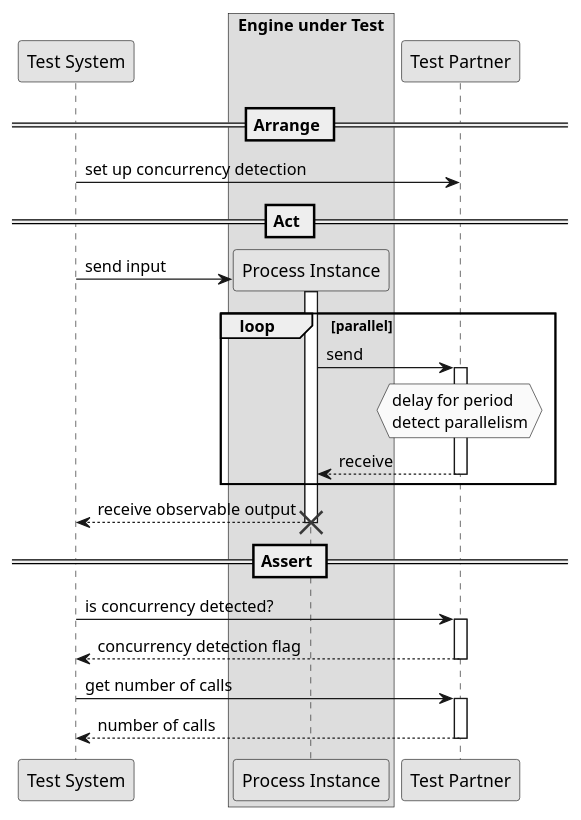
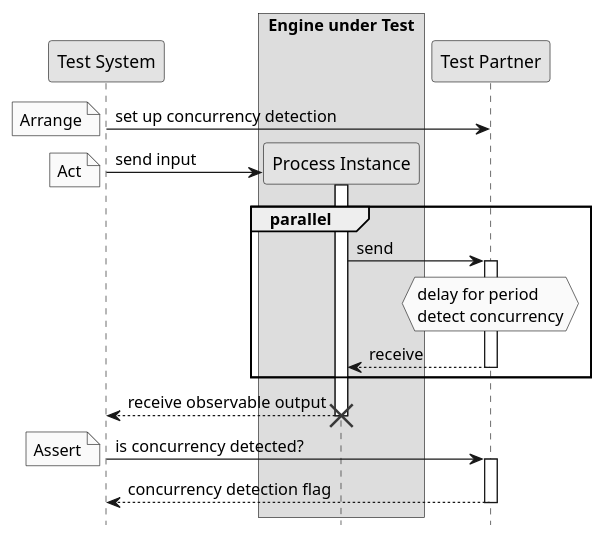
The diagram in pebl/doc/example-forEach-parallel.puml (uniba-dsg/betsy), drawn with PlantUML before and after one commit. The commit also changed 2 other files, not shown here.

Commit message:
Polished message sequence charts.

```diff
--- a/pebl/doc/example-forEach-parallel.puml
+++ b/pebl/doc/example-forEach-parallel.puml
@@ -1,52 +1,47 @@
 @startuml
 
 participant framework as "Test System"
 box "Engine under Test"
 	participant instance as "Process Instance"
 end box
 participant testpartner as "Test Partner"
 
-== Arrange ==
-
 framework -> testpartner : set up concurrency detection
-
-== Act ==
+note left : Arrange
 
 create instance
 framework as "Test System" -> instance  : send input
 activate instance
+note left : Act
 
-
-loop parallel
+group parallel
 instance  -> testpartner : send
 activate testpartner
 hnote over testpartner
  delay for period
- detect parallelism
+ detect concurrency
 endhnote
 testpartner --> instance : receive
 deactivate testpartner
 end
 
 instance --> framework : receive observable output
 destroy instance
 
-== Assert ==
 
 framework -> testpartner : is concurrency detected?
+note left : Assert
 activate testpartner
 testpartner --> framework : concurrency detection flag
 deactivate testpartner
-framework -> testpartner : get number of calls
-activate testpartner
-testpartner --> framework : number of calls
-deactivate testpartner
+
+hide footbox
 
 hide empty members
 hide empty methods
 hide circle
 
 skinparam monochrome true
 skinparam shadowing false
 skinparam packageStyle rect
 @enduml
```
